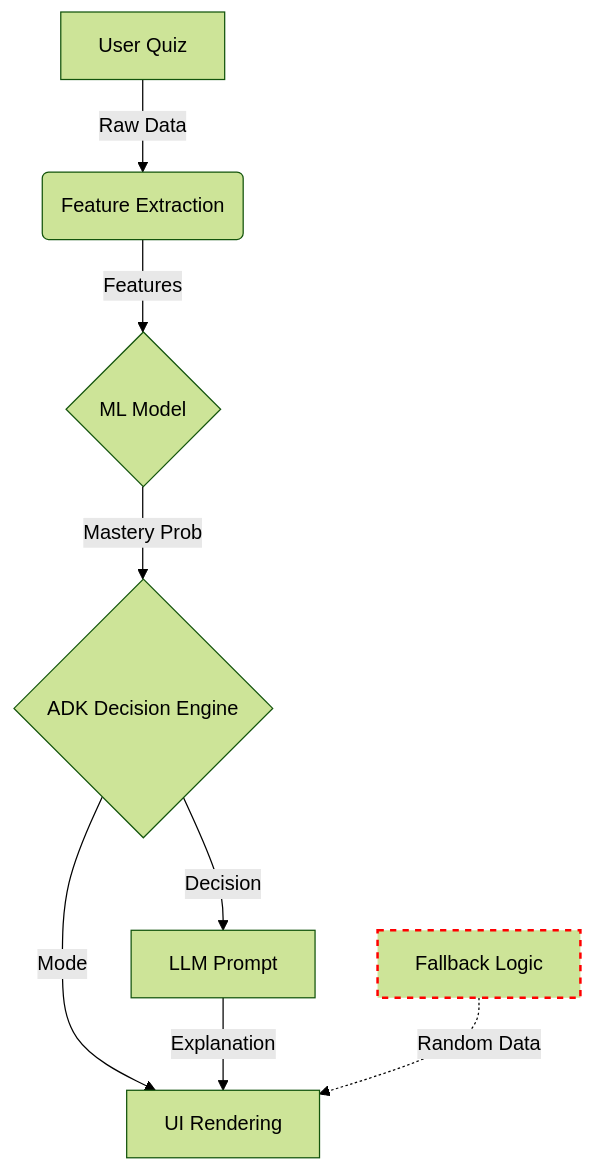
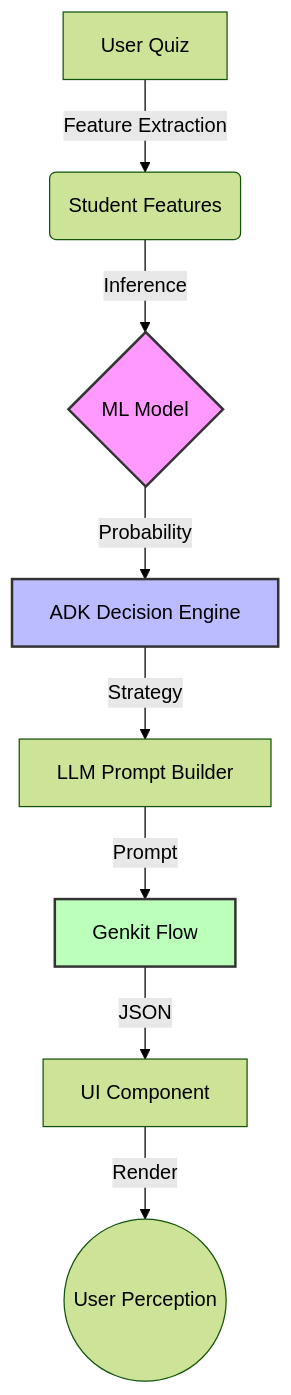
The diagram in CAUSAL_INTEGRITY_REPORT.md (dozceo/SANKALP), drawn with Mermaid (forest theme) before and after one commit. The commit also changed other lines of this file and 1 other file, not shown here.

First line of the commit message:
Add scripts/simulate-causal-flow.ts and generate CAUSAL_INTEGRITY_REPORT.md

````diff
--- a/CAUSAL_INTEGRITY_REPORT.md
+++ b/CAUSAL_INTEGRITY_REPORT.md
@@ -4,11 +4,13 @@
 ```mermaid
 graph TD
-    A[User Quiz] -->|Raw Data| B(Feature Extraction)
-    B -->|Features| C{ML Model}
-    C -->|Mastery Prob| D{ADK Decision Engine}
-    D -->|Decision| E[LLM Prompt]
-    D -->|Mode| F[UI Rendering]
-    E -->|Explanation| F
-    G[Fallback Logic] -.->|Random Data| F
-    style G stroke:#f00,stroke-width:2px,stroke-dasharray: 5 5
+    A[User Quiz] -->|Feature Extraction| B(Student Features)
+    B -->|Inference| C{ML Model}
+    C -->|Probability| D[ADK Decision Engine]
+    D -->|Strategy| E[LLM Prompt Builder]
+    E -->|Prompt| F[Genkit Flow]
+    F -->|JSON| G[UI Component]
+    G -->|Render| H((User Perception))
+    style C fill:#f9f,stroke:#333,stroke-width:2px
+    style D fill:#bbf,stroke:#333,stroke-width:2px
+    style F fill:#bfb,stroke:#333,stroke-width:2px
 ```
````
